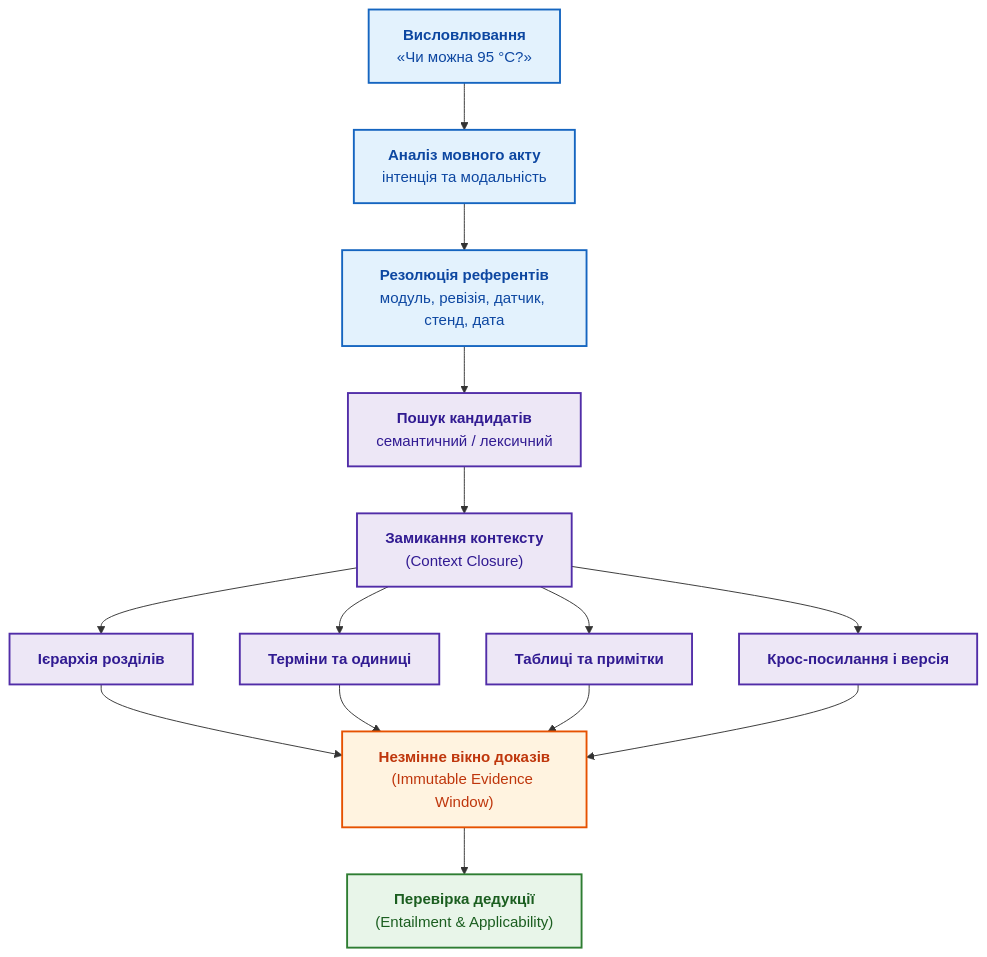
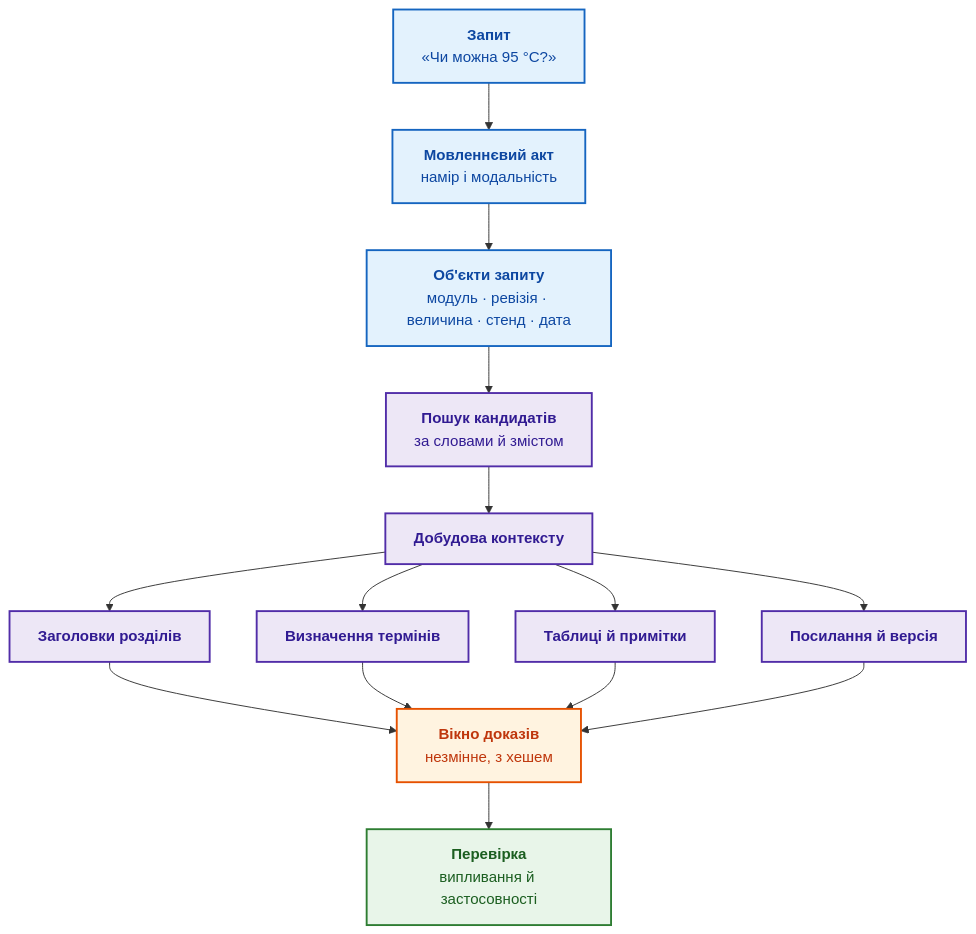
One commit to nick-fedchik/articles changed the fifth of 7 diagrams in ExpertSystem/ch02-epistemology-of-machine-knowledge.md. Above: the diagram before and after it, drawn with Mermaid. The commit also changed other lines of this file, not shown here.

````diff
--- a/ExpertSystem/ch02-epistemology-of-machine-knowledge.md
+++ b/ExpertSystem/ch02-epistemology-of-machine-knowledge.md
@@ -426,29 +655,26 @@
 ```mermaid
 flowchart TD
-    accTitle: Пайплайн герменевтичного замикання контексту
-    accDescr: Від мовного висловлювання через модальність та референти до детермінованого контекстного вікна доказів.
+    accTitle: Від запиту до вікна доказів
+    accDescr: Запит аналізують як мовленнєвий акт, визначають об'єкти запиту, шукають кандидатів, добудовують контекст із заголовків, визначень, таблиць і посилань та формують незмінне вікно доказів для перевірки.
 
-    U["<b>Висловлювання</b><br/>«Чи можна 95 °C?»"] --> I["<b>Аналіз мовного акту</b><br/>інтенція та модальність"]
-    I --> REF["<b>Резолюція референтів</b><br/>модуль, ревізія, датчик, стенд, дата"]
-    REF --> RET["<b>Пошук кандидатів</b><br/>семантичний / лексичний"]
-    RET --> CL["<b>Замикання контексту</b><br/>(Context Closure)"]
-    CL --> H1["<b>Ієрархія розділів</b>"]
-    CL --> H2["<b>Терміни та одиниці</b>"]
-    CL --> H3["<b>Таблиці та примітки</b>"]
-    CL --> H4["<b>Крос-посилання і версія</b>"]
-    H1 --> EV["<b>Незмінне вікно доказів</b><br/>(Immutable Evidence Window)"]
-    H2 --> EV
-    H3 --> EV
-    H4 --> EV
-    EV --> ENT["<b>Перевірка дедукції</b><br/>(Entailment & Applicability)"]
+    U["<b>Запит</b><br/>«Чи можна 95 °C?»"] --> I["<b>Мовленнєвий акт</b><br/>намір і модальність"]
+    I --> REF["<b>Об'єкти запиту</b><br/>модуль · ревізія · величина · стенд · дата"]
+    REF --> RET["<b>Пошук кандидатів</b><br/>за словами й змістом"]
+    RET --> CL["<b>Добудова контексту</b>"]
+    CL --> H1["<b>Заголовки розділів</b>"]
+    CL --> H2["<b>Визначення термінів</b>"]
+    CL --> H3["<b>Таблиці й примітки</b>"]
+    CL --> H4["<b>Посилання й версія</b>"]
+    H1 & H2 & H3 & H4 --> EV["<b>Вікно доказів</b><br/>незмінне, з хешем"]
+    EV --> ENT["<b>Перевірка</b><br/>випливання й застосовності"]
 
-    classDef in fill:#e3f2fd,stroke:#1565c0,stroke-width:2px,color:#0d47a1;
+    classDef inp fill:#e3f2fd,stroke:#1565c0,stroke-width:2px,color:#0d47a1;
     classDef proc fill:#ede7f6,stroke:#512da8,stroke-width:2px,color:#311b92;
     classDef closure fill:#fff3e0,stroke:#e65100,stroke-width:2px,color:#bf360c;
     classDef out fill:#e8f5e9,stroke:#2e7d32,stroke-width:2px,color:#1b5e20;
 
-    class U,I,REF in;
+    class U,I,REF inp;
     class RET,CL,H1,H2,H3,H4 proc;
     class EV closure;
     class ENT out;
 ```
````
